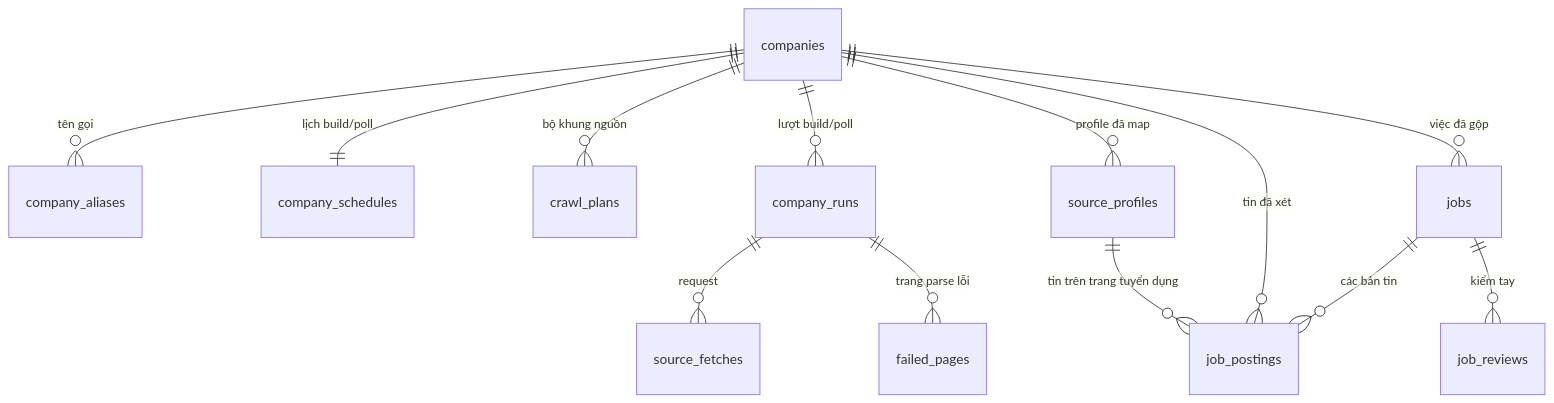
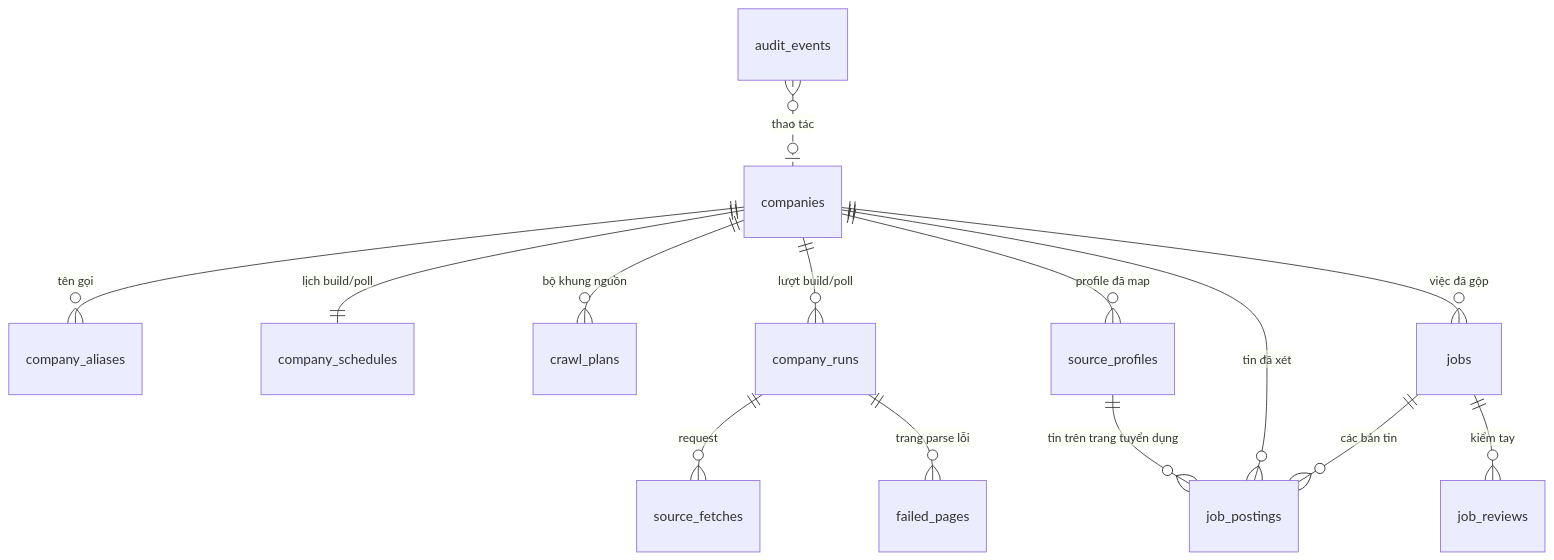
The fifth of 5 diagrams in docs/ARCHITECTURE.md (ntthanh2603/job-crawler), drawn with Mermaid before and after one commit. The commit also changed other lines of this file and 17 other files, not shown here.

````diff
--- a/docs/ARCHITECTURE.md
+++ b/docs/ARCHITECTURE.md
@@ -385,15 +397,16 @@
 ```mermaid
 erDiagram
   companies ||--o{ company_aliases : "tên gọi"
   companies ||--|| company_schedules : "lịch build/poll"
   companies ||--o{ crawl_plans : "bộ khung nguồn"
   companies ||--o{ company_runs : "lượt build/poll"
   company_runs ||--o{ source_fetches : "request"
   company_runs ||--o{ failed_pages : "trang parse lỗi"
   companies ||--o{ source_profiles : "profile đã map"
   source_profiles ||--o{ job_postings : "tin trên trang tuyển dụng"
   companies ||--o{ job_postings : "tin đã xét"
   companies ||--o{ jobs : "việc đã gộp"
   jobs ||--o{ job_postings : "các bản tin"
   jobs ||--o{ job_reviews : "kiểm tay"
+  audit_events }o..o| companies : "thao tác"
 ```
````
